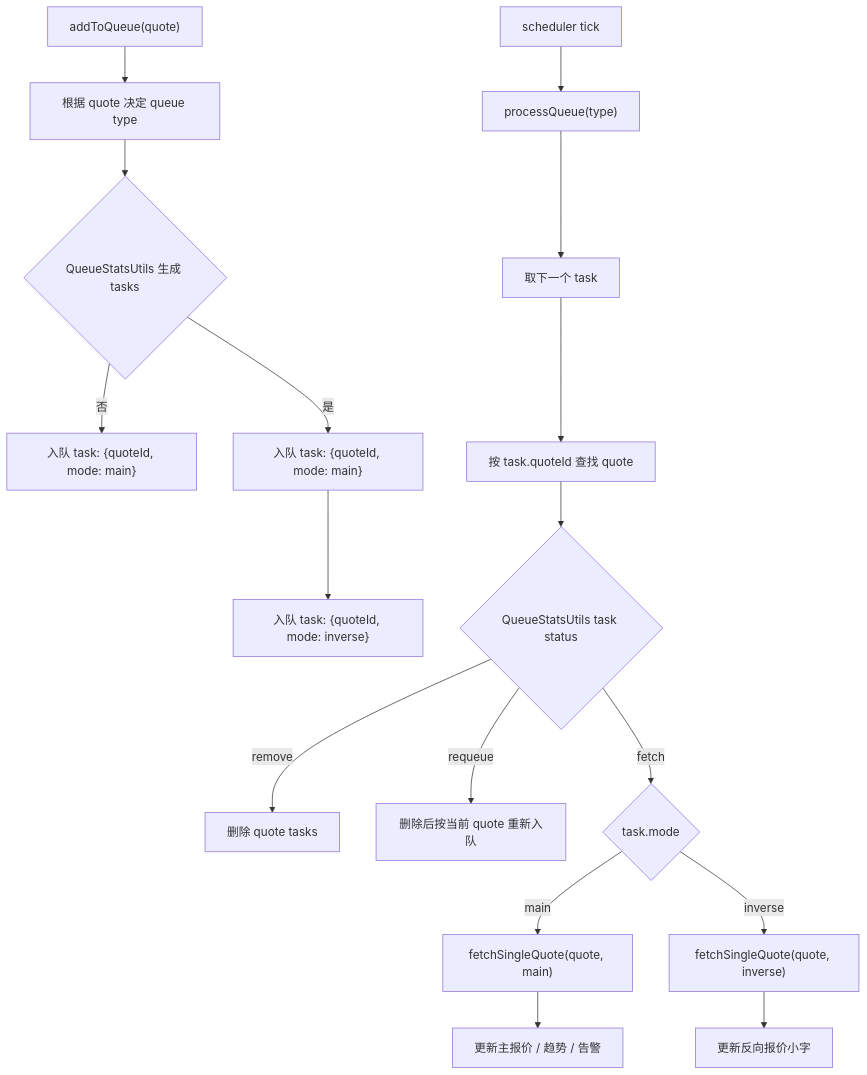
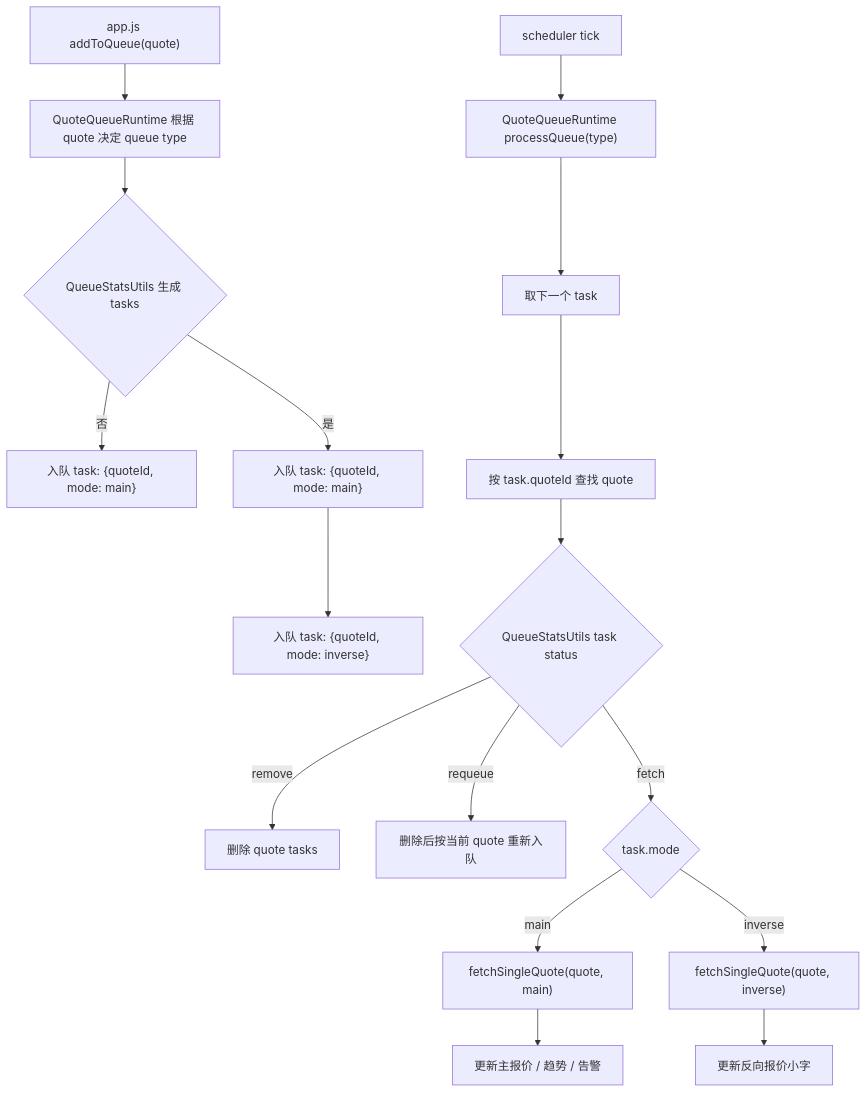
Before and after one commit to xhan/btc-arb-dashboard: the diagram in docs/queue-task-flow.md, drawn with Mermaid. The commit also changed other lines of this file and 1 other file, not shown here.

Commit message:
docs: update quote queue runtime boundary

````diff
--- a/docs/queue-task-flow.md
+++ b/docs/queue-task-flow.md
@@ -151,21 +153,21 @@
 ```mermaid
 flowchart TD
-  A["addToQueue(quote)"] --> B["根据 quote 决定 queue type"]
+  A["app.js addToQueue(quote)"] --> B["QuoteQueueRuntime 根据 quote 决定 queue type"]
   B --> C{"QueueStatsUtils 生成 tasks"}
   C -- "否" --> D["入队 task: {quoteId, mode: main}"]
   C -- "是" --> E["入队 task: {quoteId, mode: main}"]
   E --> F["入队 task: {quoteId, mode: inverse}"]
 
-  G["scheduler tick"] --> H["processQueue(type)"]
+  G["scheduler tick"] --> H["QuoteQueueRuntime processQueue(type)"]
   H --> I["取下一个 task"]
   I --> J["按 task.quoteId 查找 quote"]
   J --> K{"QueueStatsUtils task status"}
   K -- "remove" --> P["删除 quote tasks"]
   K -- "requeue" --> Q["删除后按当前 quote 重新入队"]
   K -- "fetch" --> R{"task.mode"}
   R -- "main" --> L["fetchSingleQuote(quote, main)"]
   R -- "inverse" --> M["fetchSingleQuote(quote, inverse)"]
 
   L --> N["更新主报价 / 趋势 / 告警"]
   M --> O["更新反向报价小字"]
 ```
````
